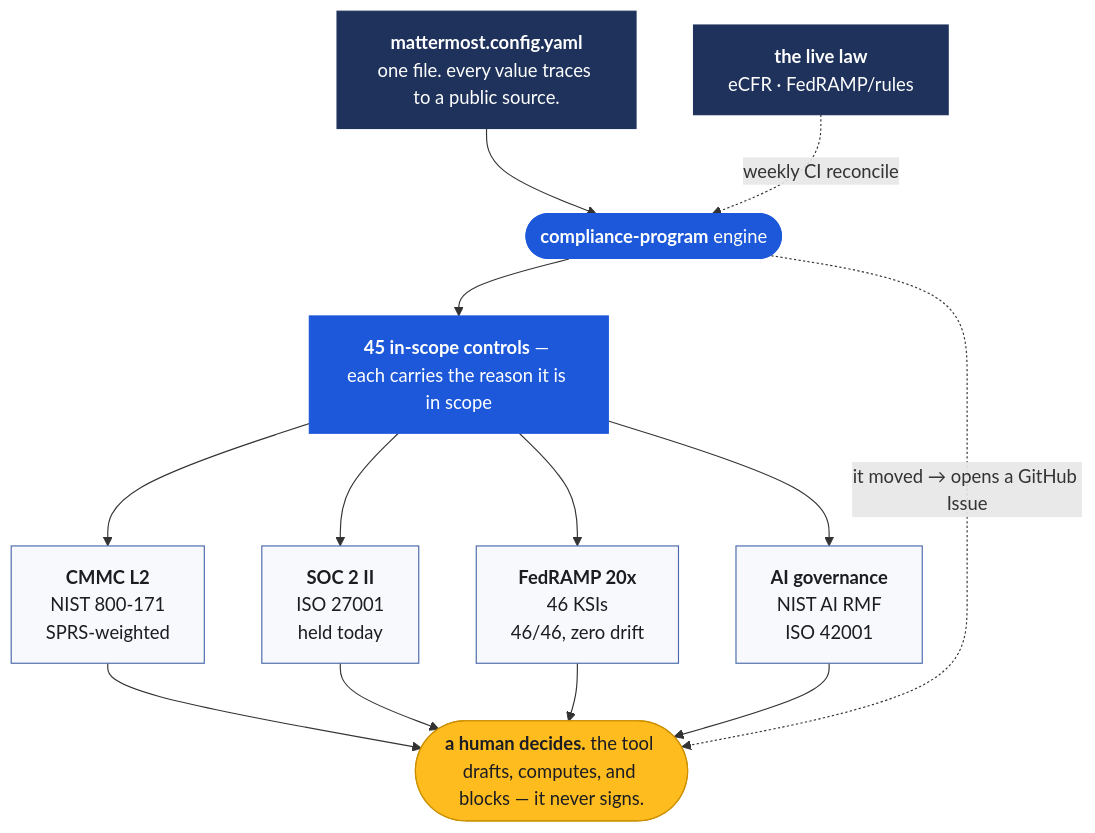
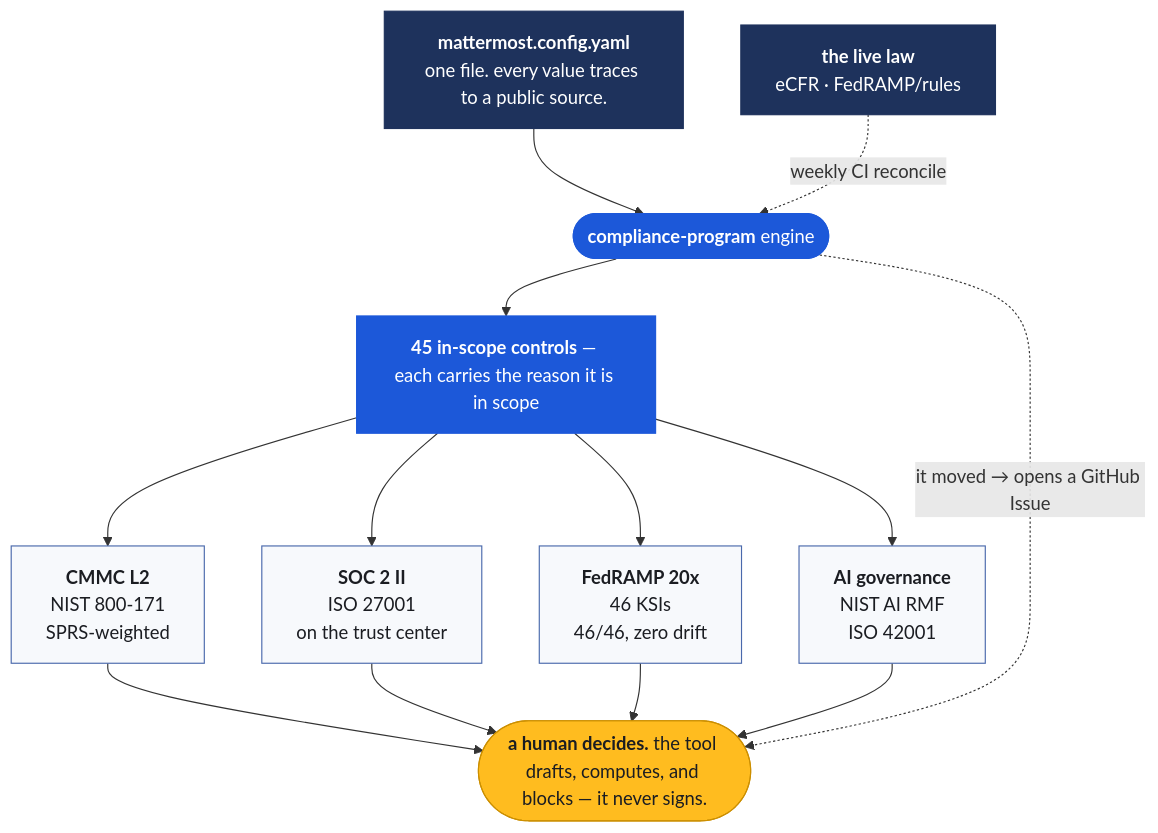
Before and after one commit to tiffanidickerson437-lang/mattermost-grc-manager-program: the diagram in README.md, drawn with Mermaid. The commit also changed other lines of this file and 10 other files, not shown here.

````diff
--- a/README.md
+++ b/README.md
@@ -23,30 +25,30 @@
 ```mermaid
 flowchart TD
   CFG["<b>mattermost.config.yaml</b><br/>one file. every value traces to a public source."]
   ENG(["<b>compliance-program</b> engine"])
   CTL["<b>45 in-scope controls</b> — each carries the reason it is in scope"]
 
   CFG --> ENG --> CTL
 
   CTL --> F1["<b>CMMC L2</b><br/>NIST 800-171<br/>SPRS-weighted"]
-  CTL --> F2["<b>SOC 2 II</b><br/>ISO 27001<br/>held today"]
+  CTL --> F2["<b>SOC 2 II</b><br/>ISO 27001<br/>on the trust center"]
   CTL --> F3["<b>FedRAMP 20x</b><br/>46 KSIs<br/>46/46, zero drift"]
   CTL --> F4["<b>AI governance</b><br/>NIST AI RMF<br/>ISO 42001"]
 
   F1 --> HUM(["<b>a human decides.</b> the tool drafts, computes, and blocks — it never signs."])
   F2 --> HUM
   F3 --> HUM
   F4 --> HUM
 
   LAW["<b>the live law</b><br/>eCFR · FedRAMP/rules"] -. "weekly CI reconcile" .-> ENG
   ENG -. "it moved → opens a GitHub Issue" .-> HUM
 
   classDef src fill:#1e325c,stroke:#1e325c,color:#ffffff
   classDef eng fill:#1c58d9,stroke:#1c58d9,color:#ffffff
   classDef out fill:#f7f9fc,stroke:#4a69ac,color:#1b1d22
   classDef hum fill:#ffbc1f,stroke:#cc8f00,color:#1b1d22
   class CFG,LAW src
   class ENG,CTL eng
   class F1,F2,F3,F4 out
   class HUM hum
 ```
````
